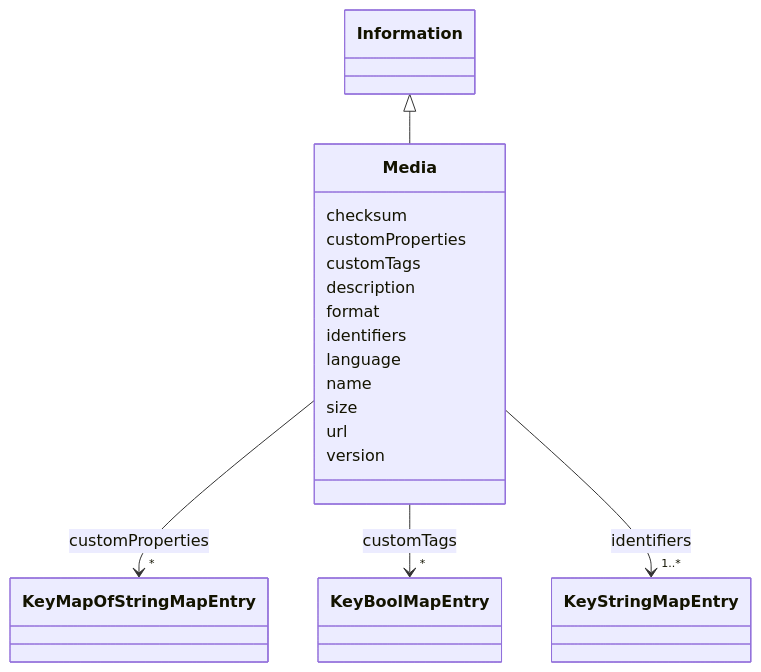
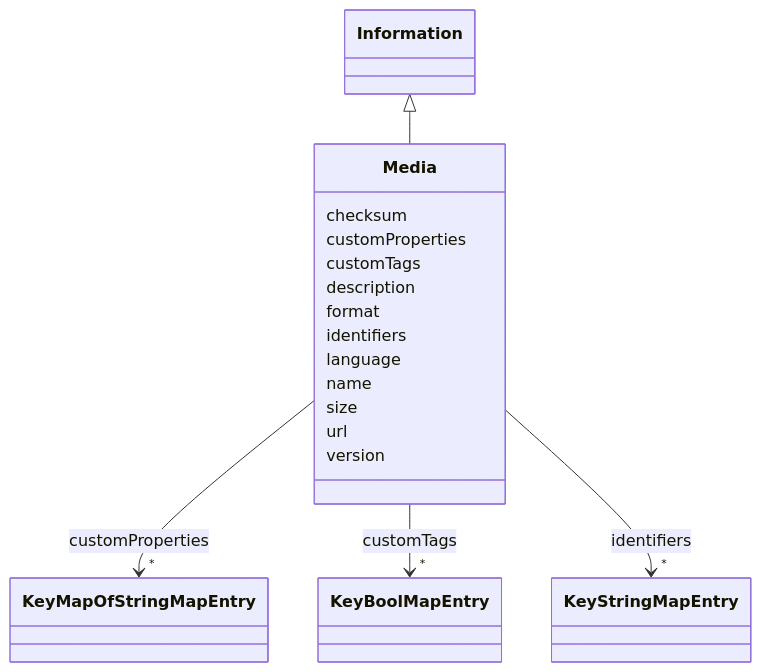
The diagram in docs/Media.md (takashikasuya/smartbuiding_ontology), drawn with Mermaid before and after one commit. The commit also changed other lines of this file and 89 other files, not shown here.

````diff
--- a/docs/Media.md
+++ b/docs/Media.md
@@ -18,58 +18,58 @@
 ```mermaid
  classDiagram
     class Media
     click Media href "../Media/"
       Information <|-- Media
         click Information href "../Information/"
       
       Media : checksum
         
       Media : customProperties
         
           
     
         
         
         Media --> "*" KeyMapOfStringMapEntry : customProperties
         click KeyMapOfStringMapEntry href "../KeyMapOfStringMapEntry/"
     
 
         
       Media : customTags
         
           
     
         
         
         Media --> "*" KeyBoolMapEntry : customTags
         click KeyBoolMapEntry href "../KeyBoolMapEntry/"
     
 
         
       Media : description
         
       Media : format
         
       Media : identifiers
         
           
     
         
         
-        Media --> "1..*" KeyStringMapEntry : identifiers
+        Media --> "*" KeyStringMapEntry : identifiers
         click KeyStringMapEntry href "../KeyStringMapEntry/"
     
 
         
       Media : language
         
       Media : name
         
       Media : size
         
       Media : url
         
       Media : version
         
       
 ```
````
